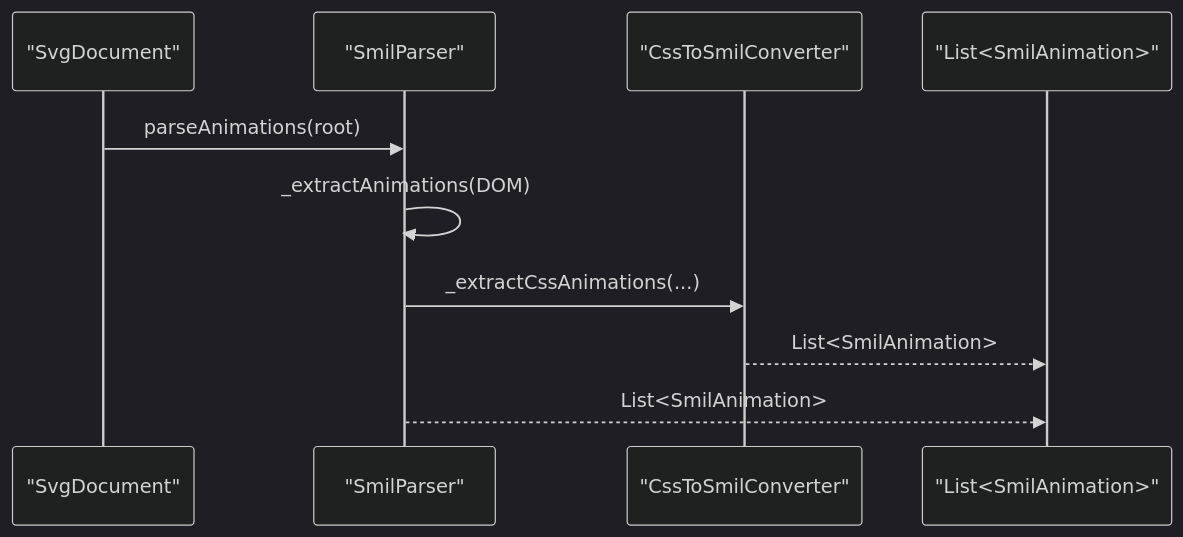
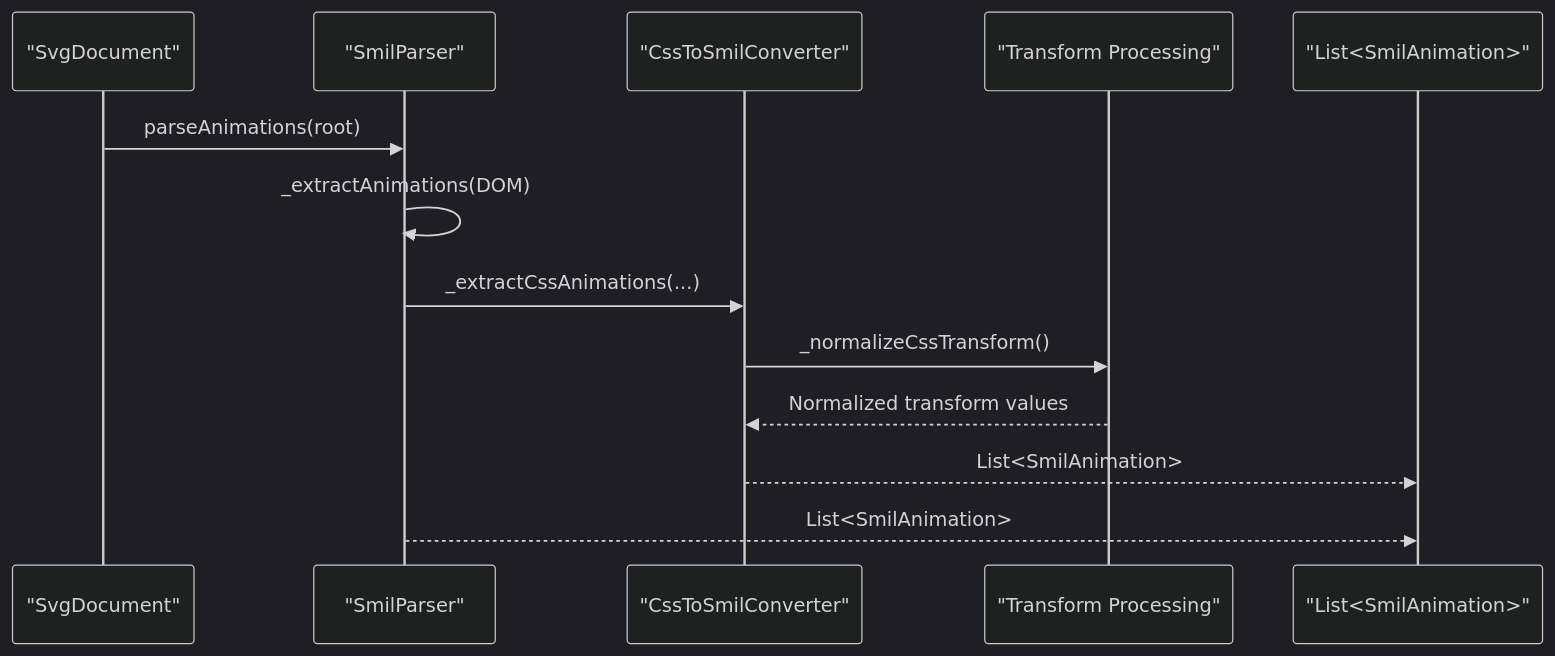
Before and after one commit to denisnadey/flutter_full_svg_support: the seventh of 26 diagrams in .qoder/repowiki/en/content/Animated SVG Support/Animated SVG Support.md, drawn with Mermaid (dark theme). The commit also changed other lines of this file and 20 other files, not shown here.

````diff
--- a/.qoder/repowiki/en/content/Animated SVG Support/Animated SVG Support.md
+++ b/.qoder/repowiki/en/content/Animated SVG Support/Animated SVG Support.md
@@ -424,12 +474,15 @@
 ```mermaid
 sequenceDiagram
 participant Doc as "SvgDocument"
 participant Parser as "SmilParser"
 participant CSS as "CssToSmilConverter"
+participant Transforms as "Transform Processing"
 participant Out as "List<SmilAnimation>"
 Doc->>Parser : parseAnimations(root)
 Parser->>Parser : _extractAnimations(DOM)
 Parser->>CSS : _extractCssAnimations(...)
+CSS->>Transforms : _normalizeCssTransform()
+Transforms-->>CSS : Normalized transform values
 CSS-->>Out : List<SmilAnimation>
 Parser-->>Out : List<SmilAnimation>
 ```
````
